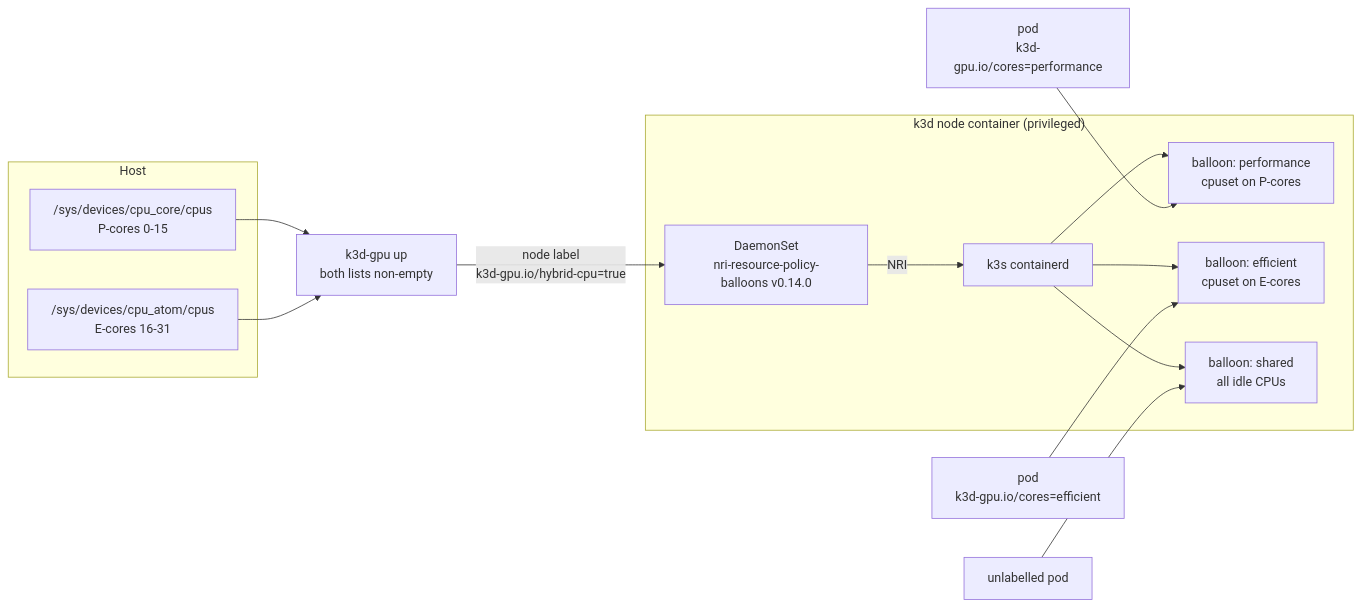
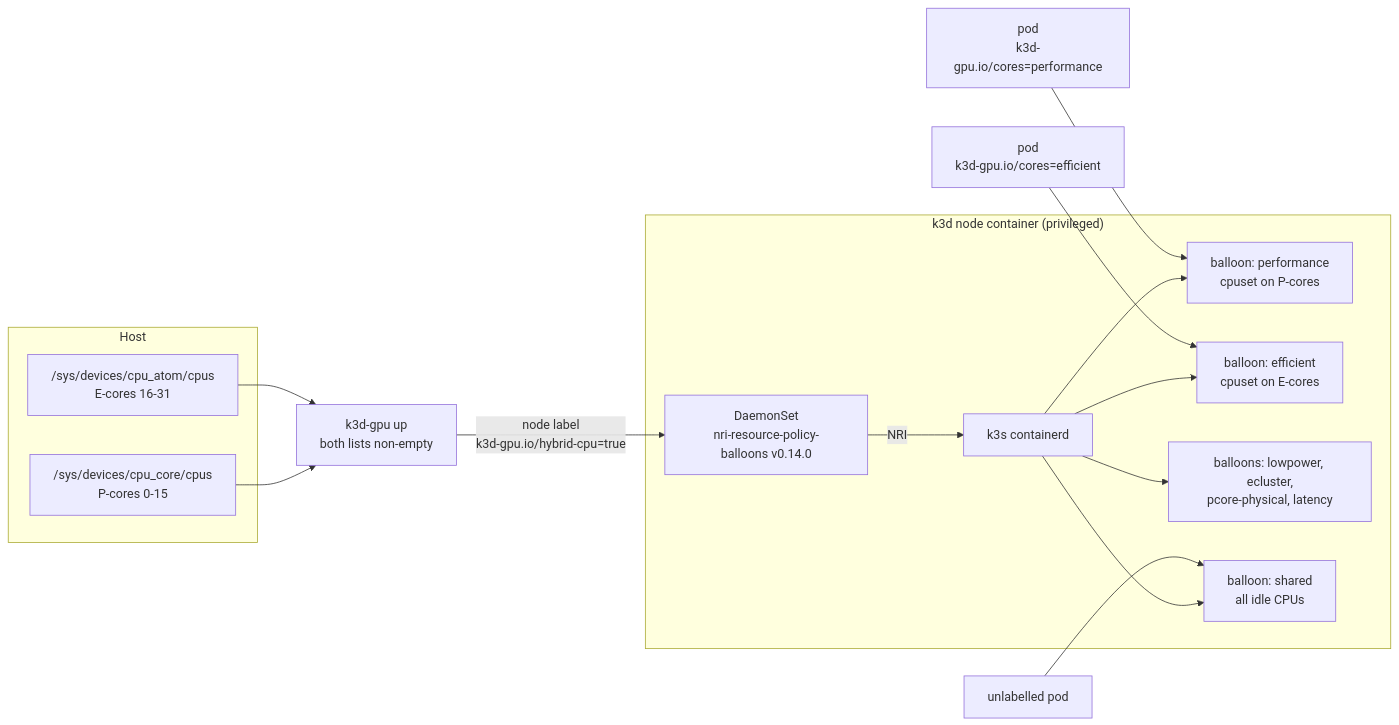
Before and after one commit to 88plug/k3d-gpu: the diagram in docs/intel.md, drawn with Mermaid. The commit also changed other lines of this file and 473 other files, not shown here.

````diff
--- a/docs/intel.md
+++ b/docs/intel.md
@@ -186,19 +242,20 @@
 ```mermaid
 flowchart LR
     subgraph host["Host"]
         core["/sys/devices/cpu_core/cpus<br/>P-cores 0-15"]
         atom["/sys/devices/cpu_atom/cpus<br/>E-cores 16-31"]
     end
     core --> detect
     atom --> detect
     detect["k3d-gpu up<br/>both lists non-empty"] -->|"node label<br/>k3d-gpu.io/hybrid-cpu=true"| ds
     subgraph node["k3d node container (privileged)"]
         ds["DaemonSet<br/>nri-resource-policy-balloons v0.14.0"] -->|NRI| ctrd["k3s containerd"]
         ctrd --> perf["balloon: performance<br/>cpuset on P-cores"]
         ctrd --> eff["balloon: efficient<br/>cpuset on E-cores"]
+        ctrd --> more["balloons: lowpower, ecluster,<br/>pcore-physical, latency"]
         ctrd --> shared["balloon: shared<br/>all idle CPUs"]
     end
     p1["pod<br/>k3d-gpu.io/cores=performance"] --> perf
     p2["pod<br/>k3d-gpu.io/cores=efficient"] --> eff
     p3["unlabelled pod"] --> shared
 ```
````
